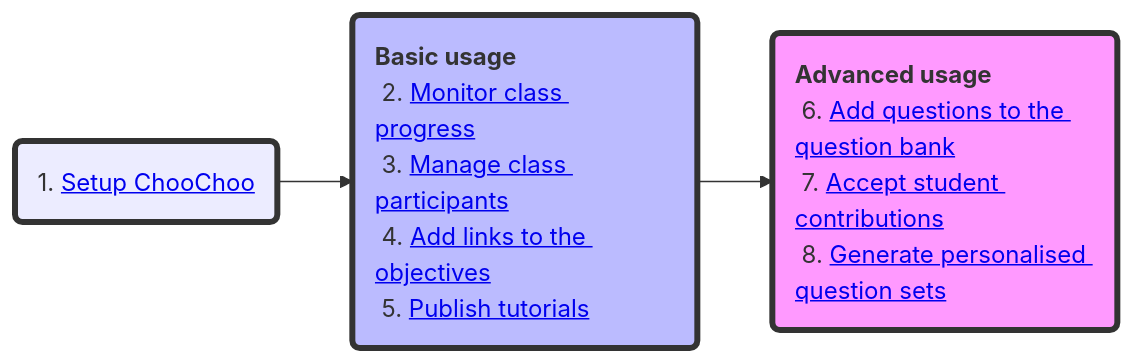
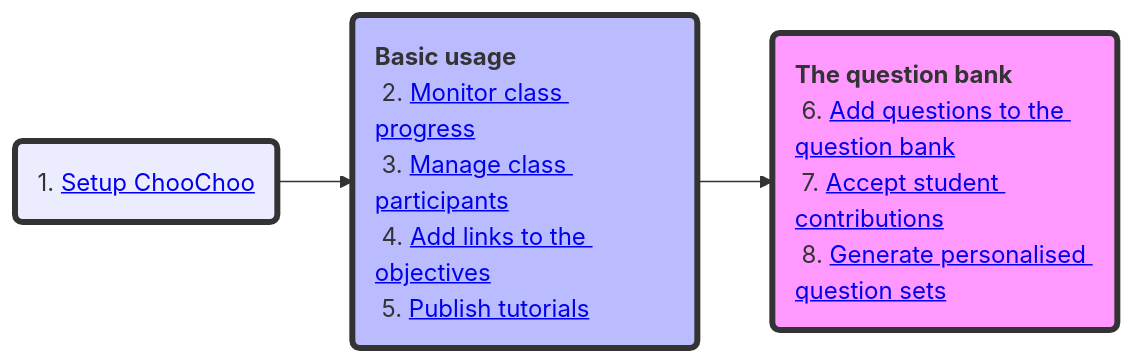
One commit to lucydot/ChooChoo changed the diagram in docs/instructors/advanced.md. Above: the diagram before and after it, drawn with Mermaid.

````diff
--- a/docs/instructors/advanced.md
+++ b/docs/instructors/advanced.md
@@ -3,8 +3,8 @@
 ``` mermaid
 graph LR
   A(1. <a href='https://lucydot.github.io/ChooChoo/instructors/setup/'>Setup ChooChoo</a>) --> B(<b>Basic usage</b> <br> 2. <a href='https://lucydot.github.io/ChooChoo/instructors/basic#2-monitor-class-progress'>Monitor class progress</a> <br> 3. <a href='https://lucydot.github.io/ChooChoo/instructors/basic#3-manage-class-participants'>Manage class participants</a> <br> 4. <a href='https://lucydot.github.io/ChooChoo/instructors/basic#4-add-links-to-the-objectives'>Add links to the objectives</a> </br> 5. <a href='https://lucydot.github.io/ChooChoo/instructors/basic#5-publish-tutorials'>Publish tutorials</a> ); 
-  B --> C(<b>Advanced usage</b> <br> 6. <a href='https://lucydot.github.io/ChooChoo/instructors/advanced#6-add-questions-to-the-question-bank'>Add questions to the question bank</a> <br> 7. <a href='https://lucydot.github.io/ChooChoo/instructors/advanced#7-accept-student-contributions'>Accept student contributions</a> </br> 8. <a href='https://lucydot.github.io/ChooChoo/instructors/advanced#8-generate-personalised-question-sets'>Generate personalised question sets</a>);
+  B --> C(<b>The question bank</b> <br> 6. <a href='https://lucydot.github.io/ChooChoo/instructors/advanced#6-add-questions-to-the-question-bank'>Add questions to the question bank</a> <br> 7. <a href='https://lucydot.github.io/ChooChoo/instructors/advanced#7-accept-student-contributions'>Accept student contributions</a> </br> 8. <a href='https://lucydot.github.io/ChooChoo/instructors/advanced#8-generate-personalised-question-sets'>Generate personalised question sets</a>);
   style A stroke:#333,stroke-width:4px
   style B fill:#bbf,stroke:#333,stroke-width:4px,text-align:left
   style C fill:#f9f,stroke:#333,stroke-width:4px,text-align:left
 ```
````
